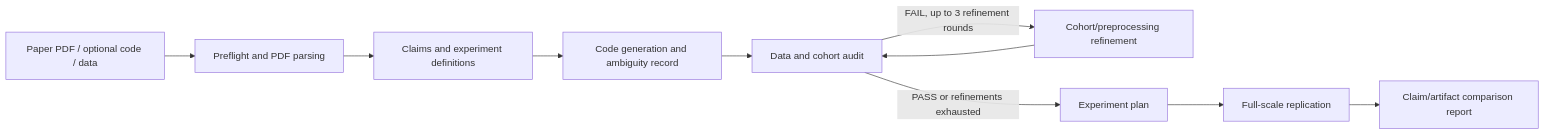
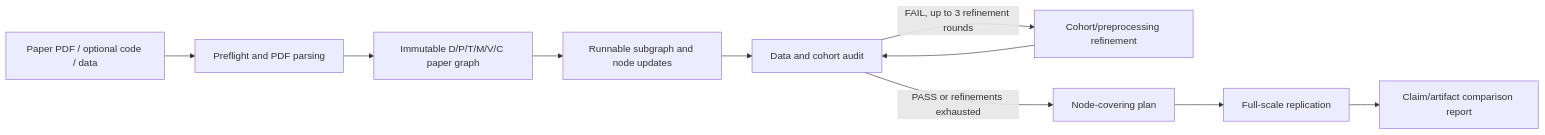
The first of 4 diagrams in README.md (ruihanxx/medai), drawn with Mermaid before and after one commit. The commit also changed other lines of this file and 19 other files, not shown here.

Commit message:
docs: finalize claim graph migration

```diff
--- a/README.md
+++ b/README.md
@@ -234,12 +234,12 @@
 ~~~mermaid
 flowchart LR
     I[Paper PDF / optional code / data] --> A[Preflight and PDF parsing]
-    A --> B[Claims and experiment definitions]
-    B --> C[Code generation and ambiguity record]
+    A --> B[Immutable D/P/T/M/V/C paper graph]
+    B --> C[Runnable subgraph and node updates]
     C --> D[Data and cohort audit]
     D -->|FAIL, up to 3 refinement rounds| E[Cohort/preprocessing refinement]
     E --> D
-    D -->|PASS or refinements exhausted| F[Experiment plan]
+    D -->|PASS or refinements exhausted| F[Node-covering plan]
     F --> G[Full-scale replication]
     G --> H[Claim/artifact comparison report]
 ~~~
```
